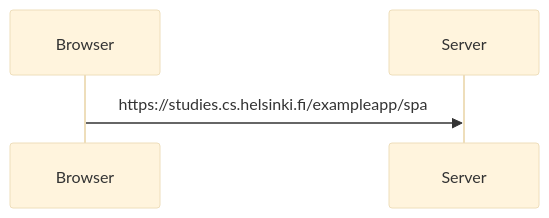
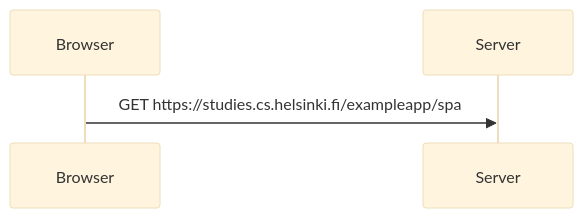
Before and after one commit to Blaez-maker/Submissions: the diagram in Exercise05.md, drawn with Mermaid (base theme).

````diff
--- a/Exercise05.md
+++ b/Exercise05.md
@@ -1,5 +1,5 @@
 ```mermaid
 sequenceDiagram
 
-Browser->>Server: https://studies.cs.helsinki.fi/exampleapp/spa
+Browser->>Server: GET https://studies.cs.helsinki.fi/exampleapp/spa
 ```
````
